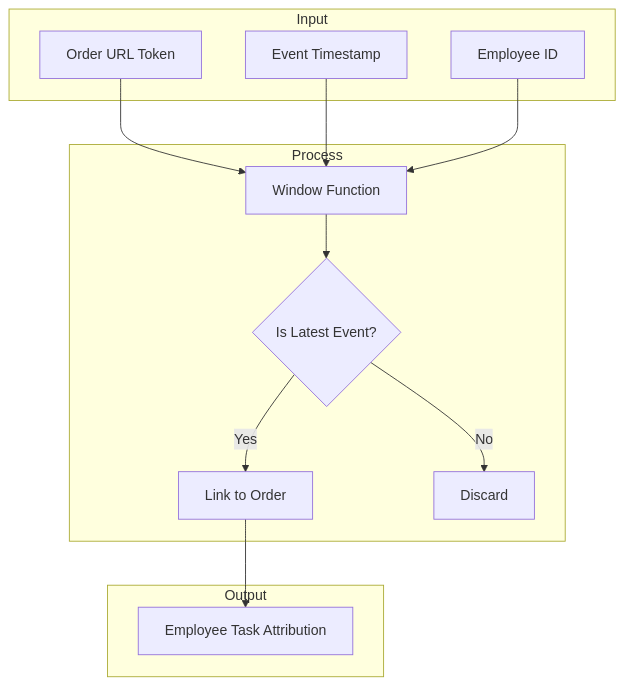
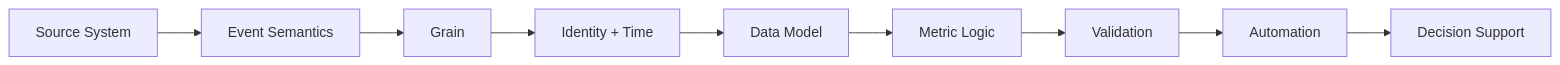
The third of 3 diagrams in README.md (Minna-Cross/Minna-Cross), drawn with Mermaid before and after one commit. The commit also changed other lines of this file, not shown here.

````diff
--- a/README.md
+++ b/README.md
@@ -161,22 +170,21 @@
 ```mermaid
-    flowchart TB
-        subgraph Input
-            A[Order URL Token]
-            B[Event Timestamp]
-            C[Employee ID]
-        end
-    
-        subgraph Process
-            D[Window Function]
-            D --> E{Is Latest Event?}
-            E -->|Yes| F[Link to Order]
-            E -->|No| G[Discard]
-        end
-    
-        subgraph Output
-            H[Employee Task Attribution]
-        end
-    
-        A & B & C --> D
-        F --> H
+flowchart LR
+    S[Source System]
+    E[Event Semantics]
+    G[Grain]
+    I[Identity + Time]
+    M[Data Model]
+    K[Metric Logic]
+    V[Validation]
+    A[Automation]
+    D[Decision Support]
+
+    S --> E
+    E --> G
+    G --> I
+    I --> M
+    M --> K
+    K --> V
+    V --> A
+    A --> D
 ```
````
